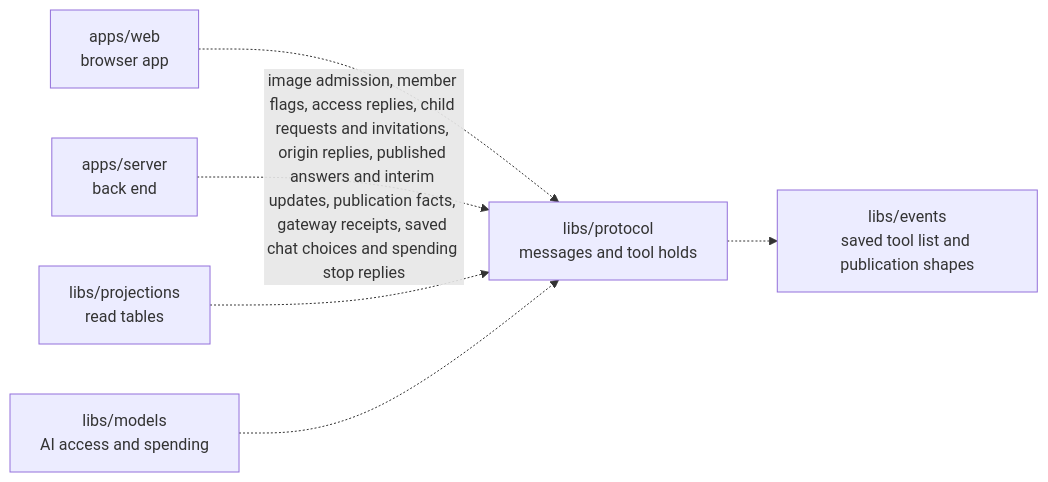
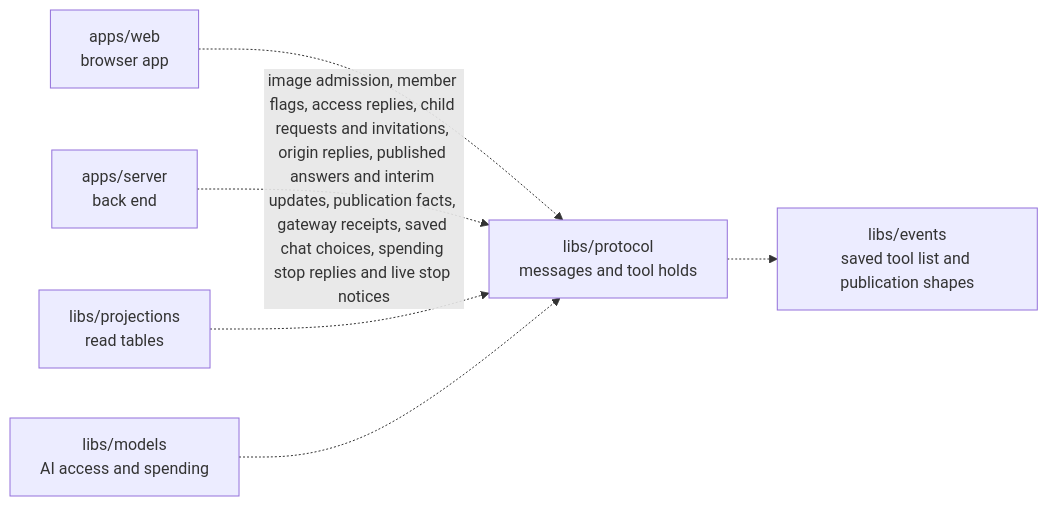
Before and after one commit to elewa-git/opencrane-new: the diagram in libs/protocol/README.md, drawn with Mermaid. The commit also changed other lines of this file and 8 other files, not shown here.

Commit message:
💬 Notify authorised chat readers about saved spending Stops

````diff
--- a/libs/protocol/README.md
+++ b/libs/protocol/README.md
@@ -11,8 +11,8 @@
 ```mermaid
 flowchart LR
   web["apps/web<br/>browser app"] -.-> protocol["libs/protocol<br/>messages and tool holds"]
-  server["apps/server<br/>back end"] -.->|image admission, member flags, access replies, child requests and invitations, origin replies, published answers and interim updates, publication facts, gateway receipts, saved chat choices and spending stop replies| protocol
+  server["apps/server<br/>back end"] -.->|image admission, member flags, access replies, child requests and invitations, origin replies, published answers and interim updates, publication facts, gateway receipts, saved chat choices, spending stop replies and live stop notices| protocol
   projections["libs/projections<br/>read tables"] -.-> protocol
   models["libs/models<br/>AI access and spending"] -.-> protocol
   protocol -.-> events["libs/events<br/>saved tool list and publication shapes"]
 ```
````
